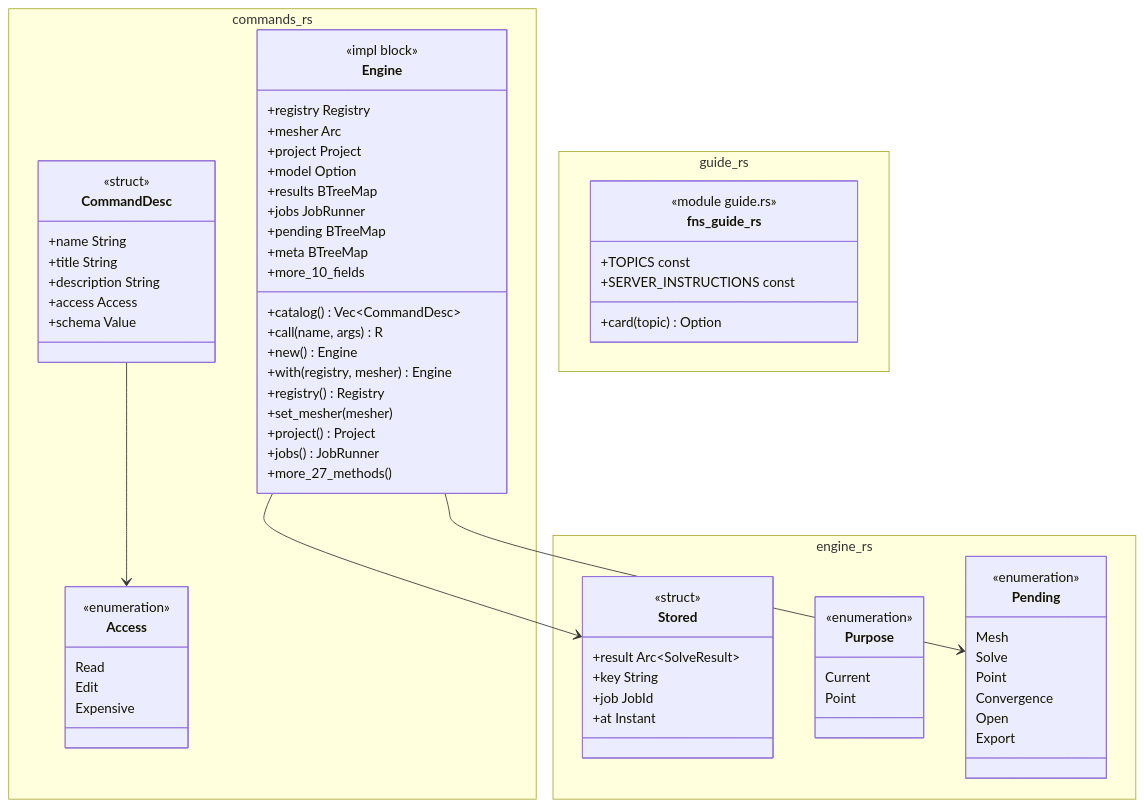
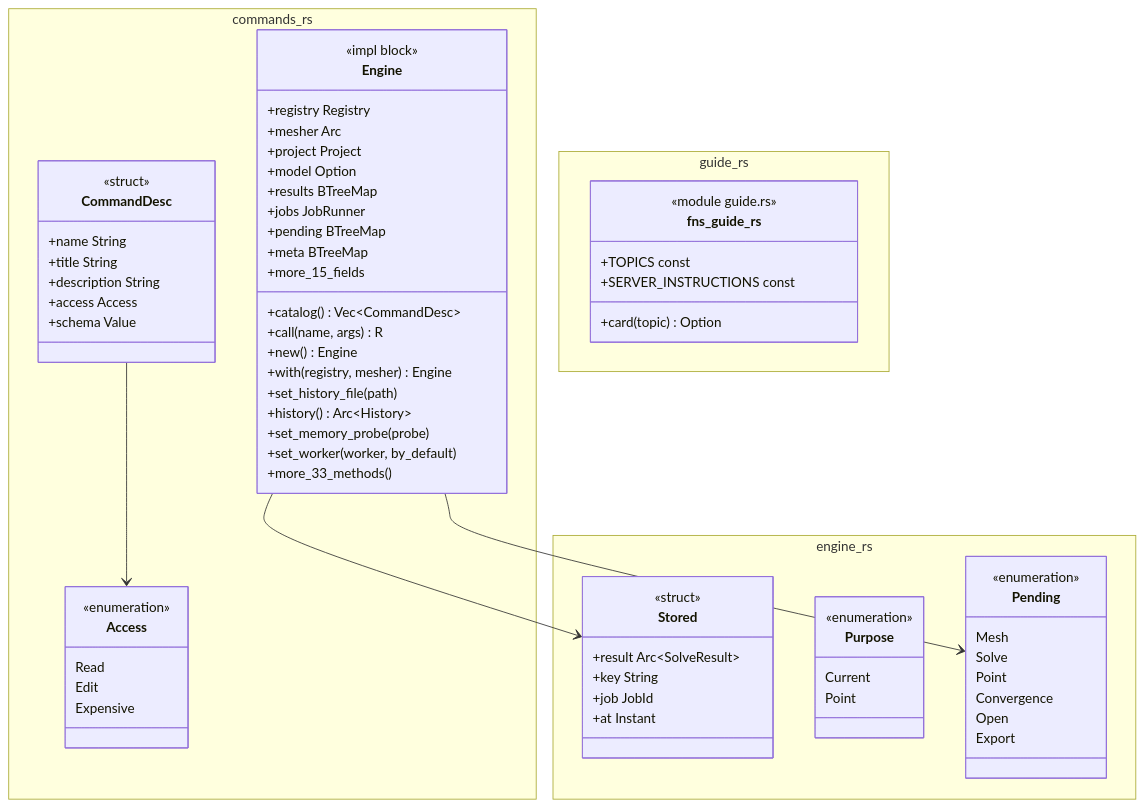
One commit to p-j-r/nyx changed the diagram in docs/architecture/c4/4-code/engine/commands.md. Above: the diagram before and after it, drawn with Mermaid. The commit also changed other lines of this file and 58 other files, not shown here.

````diff
--- a/docs/architecture/c4/4-code/engine/commands.md
+++ b/docs/architecture/c4/4-code/engine/commands.md
@@ -55,74 +55,74 @@
 ```mermaid
 classDiagram
   namespace commands_rs {
     class Access {
         <<enumeration>>
         Read
         Edit
         Expensive
     }
     class CommandDesc {
         <<struct>>
         +name String
         +title String
         +description String
         +access Access
         +schema Value
     }
     class Engine {
         <<impl block>>
         +registry Registry
         +mesher Arc
         +project Project
         +model Option
         +results BTreeMap
         +jobs JobRunner
         +pending BTreeMap
         +meta BTreeMap
-        +more_10_fields
+        +more_15_fields
         +catalog() Vec~CommandDesc~
         +call(name, args) R
         +new() Engine
         +with(registry, mesher) Engine
-        +registry() Registry
-        +set_mesher(mesher)
-        +project() Project
-        +jobs() JobRunner
-        +more_27_methods()
+        +set_history_file(path)
+        +history() Arc~History~
+        +set_memory_probe(probe)
+        +set_worker(worker, by_default)
+        +more_33_methods()
     }
   }
   namespace engine_rs {
     class Stored {
         <<struct>>
         +result Arc~SolveResult~
         +key String
         +job JobId
         +at Instant
     }
     class Purpose {
         <<enumeration>>
         Current
         Point
     }
     class Pending {
         <<enumeration>>
         Mesh
         Solve
         Point
         Convergence
         Open
         Export
     }
   }
   namespace guide_rs {
     class fns_guide_rs {
         <<module guide.rs>>
         +card(topic) Option
         +TOPICS const
         +SERVER_INSTRUCTIONS const
     }
   }
   CommandDesc --> Access
   Engine --> Stored
   Engine --> Pending
 ```
````
